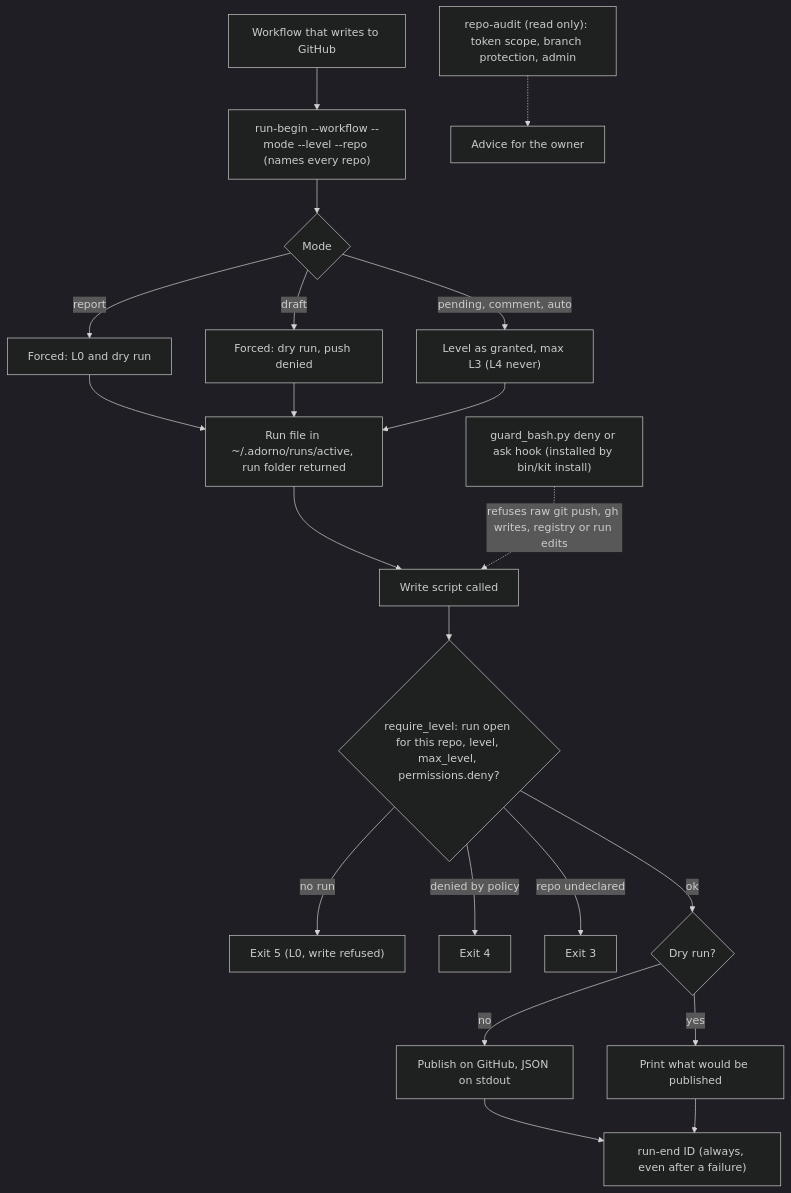
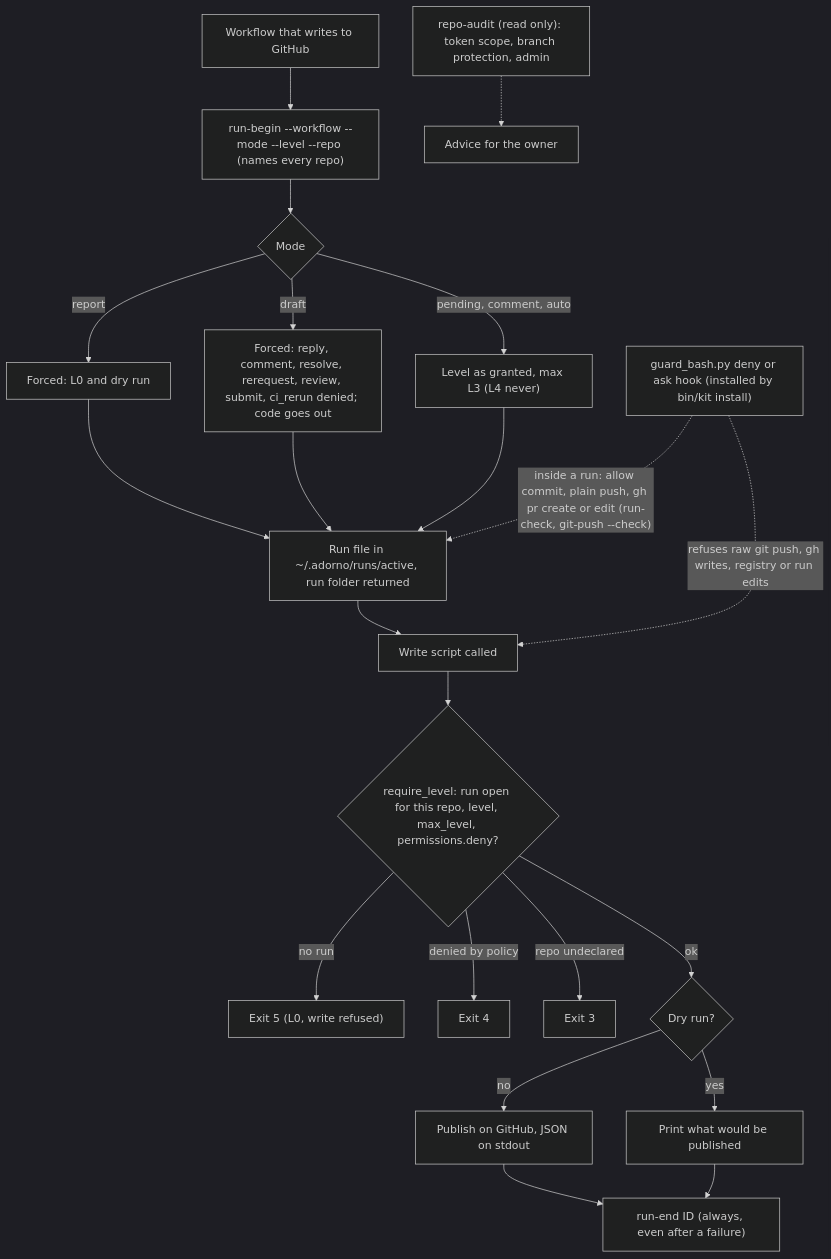
One commit to nicolasmondain/adorno changed the first of 2 diagrams in src/skills/adorno-github/SCHEMA.md. Above: the diagram before and after it, drawn with Mermaid (dark theme). The commit also changed other lines of this file and 142 other files, not shown here.

````diff
--- a/src/skills/adorno-github/SCHEMA.md
+++ b/src/skills/adorno-github/SCHEMA.md
@@ -5,23 +5,24 @@
 ```mermaid
 flowchart TD
   W["Workflow that writes to GitHub"] --> RB["run-begin --workflow --mode --level --repo (names every repo)"]
   RB --> MD{"Mode"}
   MD -->|"report"| F1["Forced: L0 and dry run"]
-  MD -->|"draft"| F2["Forced: dry run, push denied"]
+  MD -->|"draft"| F2["Forced: reply, comment, resolve, rerequest, review, submit, ci_rerun denied; code goes out"]
   MD -->|"pending, comment, auto"| F3["Level as granted, max L3 (L4 never)"]
   F1 --> RF["Run file in ~/.adorno/runs/active, run folder returned"]
   F2 --> RF
   F3 --> RF
   RF --> WS["Write script called"]
   WS --> CK{"require_level: run open for this repo, level, max_level, permissions.deny?"}
   CK -->|"no run"| X5["Exit 5 (L0, write refused)"]
   CK -->|"denied by policy"| X4["Exit 4"]
   CK -->|"repo undeclared"| X3["Exit 3"]
   CK -->|"ok"| DR{"Dry run?"}
   DR -->|"yes"| PR["Print what would be published"]
   DR -->|"no"| GH["Publish on GitHub, JSON on stdout"]
   GH --> RE["run-end ID (always, even after a failure)"]
   PR --> RE
   GD["guard_bash.py deny or ask hook (installed by bin/kit install)"] -.->|"refuses raw git push, gh writes, registry or run edits"| WS
+  GD -.->|"inside a run: allow commit, plain push, gh pr create or edit (run-check, git-push --check)"| RF
   RA["repo-audit (read only): token scope, branch protection, admin"] -.-> OUTA["Advice for the owner"]
 ```
````
